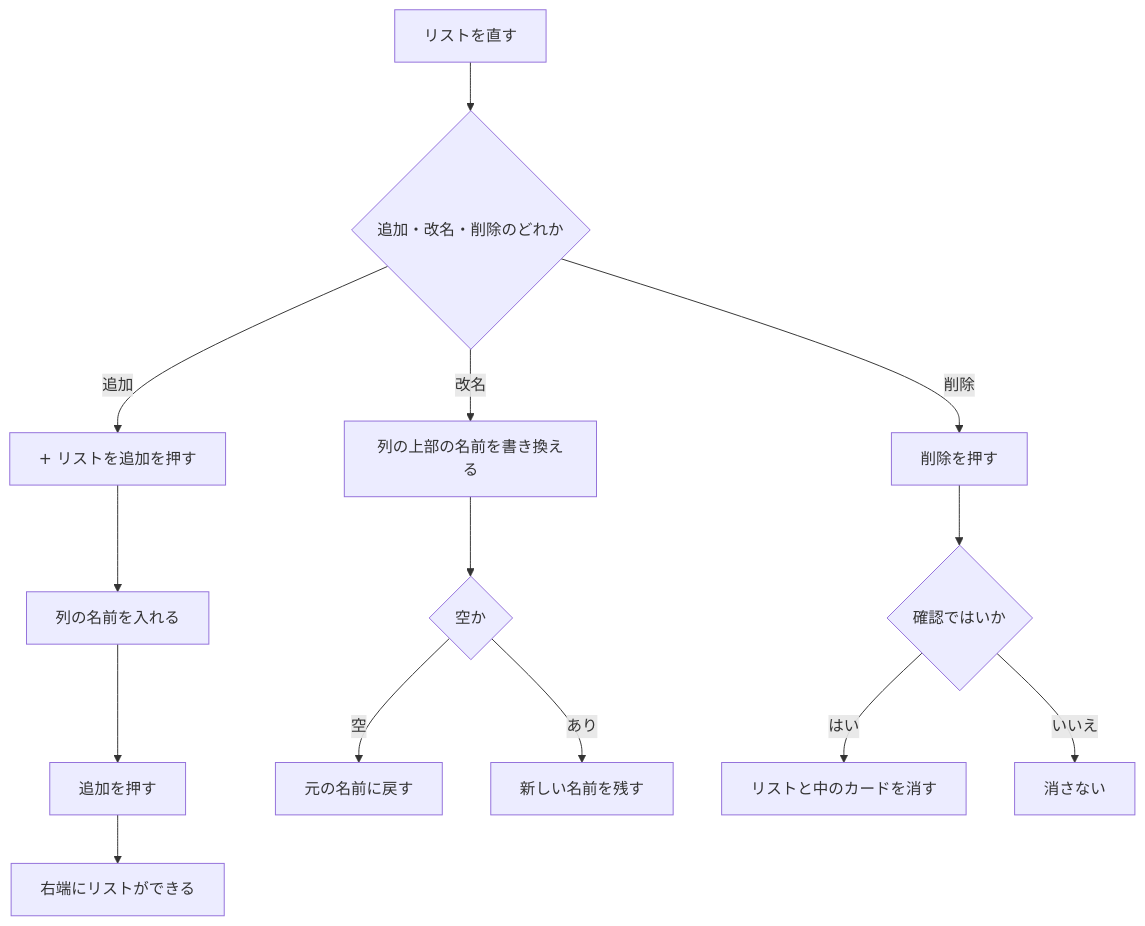
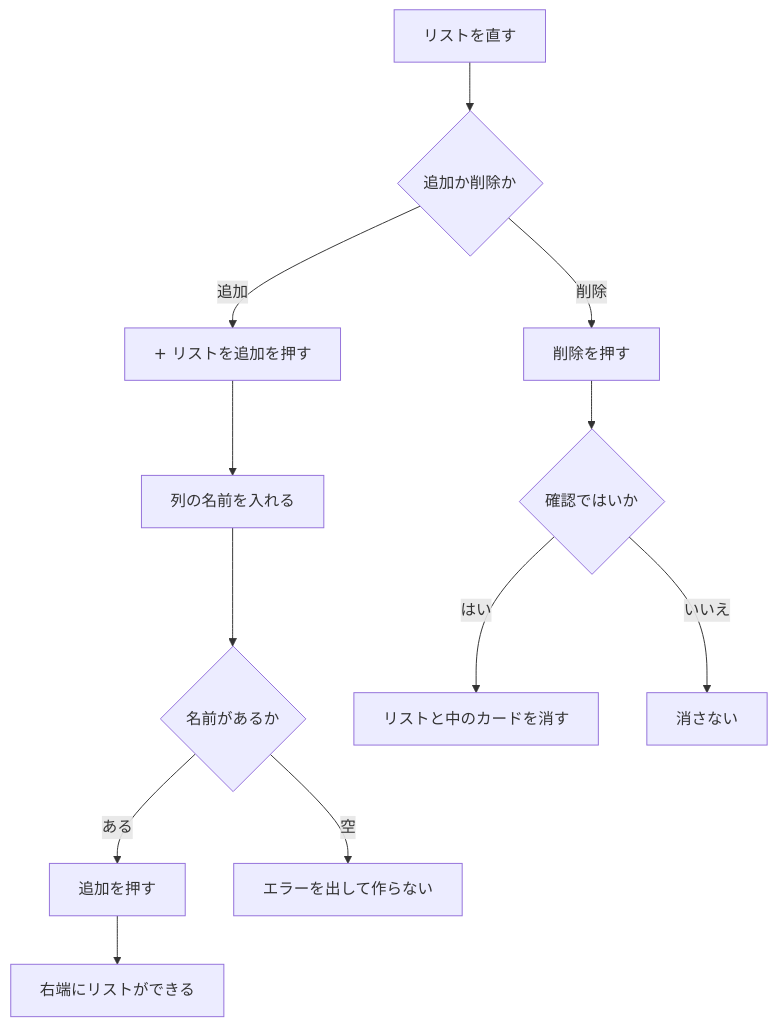
One commit to pfgnsb/kadai-kanri-board changed the sixth of 6 diagrams in ドキュメント/機能要件定義書.md. Above: the diagram before and after it, drawn with Mermaid. The commit also changed other lines of this file and 4 other files, not shown here.

````diff
--- a/ドキュメント/機能要件定義書.md
+++ b/ドキュメント/機能要件定義書.md
@@ -230,16 +237,14 @@
 ```mermaid
 flowchart TD
-  start[リストを直す] --> choice{追加・改名・削除のどれか}
+  start[リストを直す] --> choice{追加か削除か}
   choice -->|追加| a1[+ リストを追加を押す]
   a1 --> a2[列の名前を入れる]
-  a2 --> a3[追加を押す]
-  a3 --> a4[右端にリストができる]
-  choice -->|改名| r1[列の上部の名前を書き換える]
-  r1 --> r2{空か}
-  r2 -->|空| r3[元の名前に戻す]
-  r2 -->|あり| r4[新しい名前を残す]
+  a2 --> a3{名前があるか}
+  a3 -->|ある| a4[追加を押す]
+  a4 --> a5[右端にリストができる]
+  a3 -->|空| a6[エラーを出して作らない]
   choice -->|削除| d1[削除を押す]
   d1 --> d2{確認ではいか}
   d2 -->|はい| d3[リストと中のカードを消す]
   d2 -->|いいえ| d4[消さない]
 ```
````
